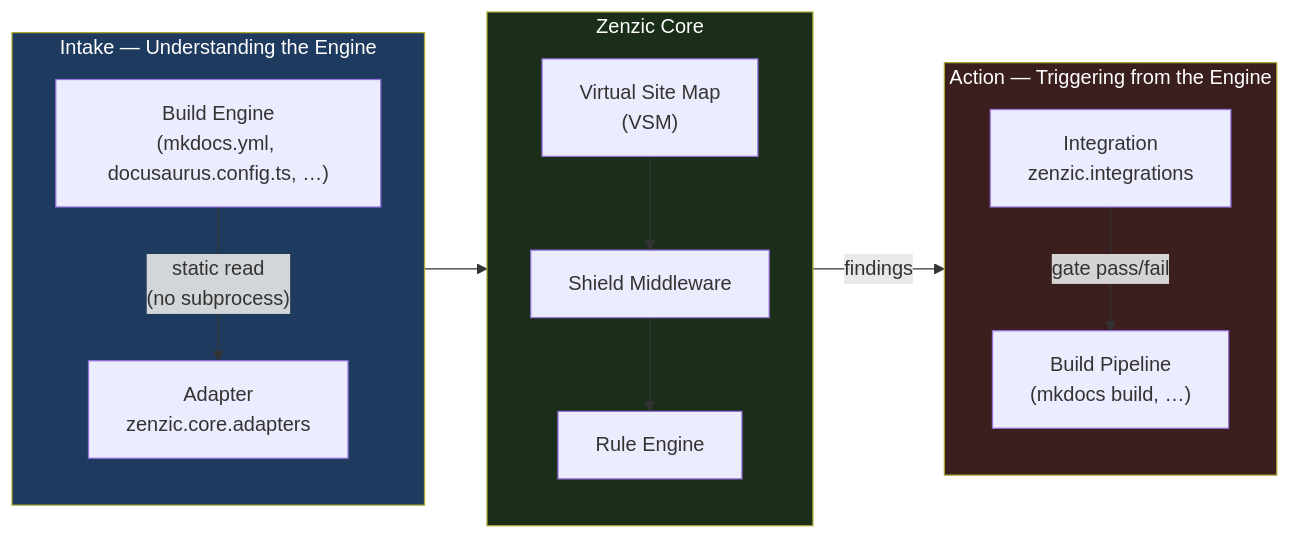
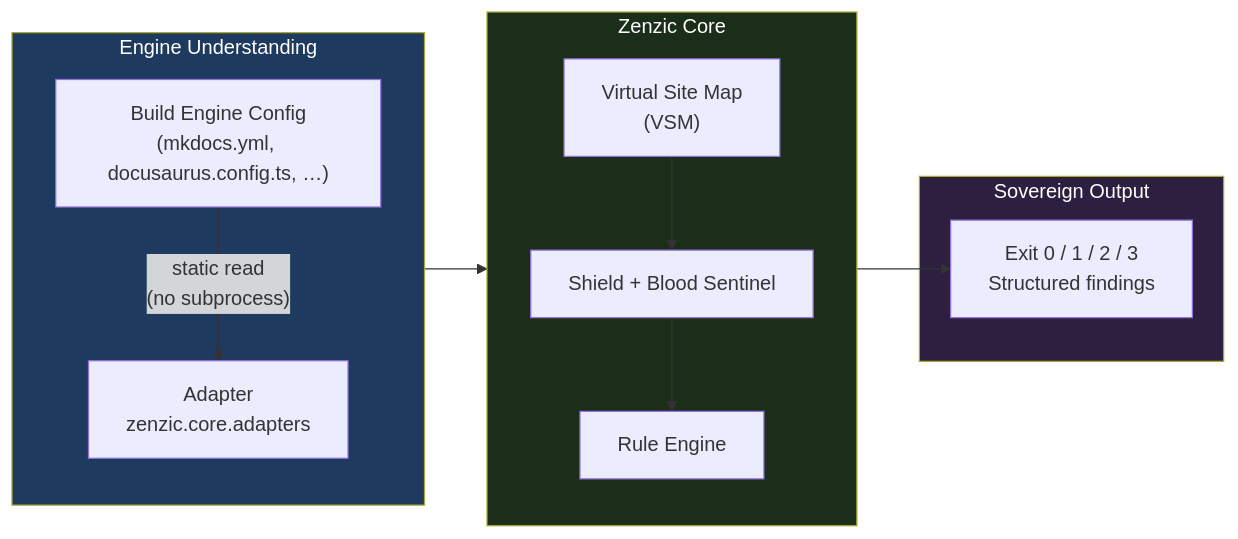
One commit to PythonWoods/zenzic-doc changed the diagram in docs/explanation/ecosystem.mdx. Above: the diagram before and after it, drawn with Mermaid. The commit also changed other lines of this file and 291 other files, not shown here.

````diff
--- a/docs/explanation/ecosystem.mdx
+++ b/docs/explanation/ecosystem.mdx
@@ -24,31 +25,28 @@
 ```mermaid
 flowchart LR
-    subgraph INTAKE ["Intake — Understanding the Engine"]
+    subgraph INTAKE ["Engine Understanding"]
         direction TB
-        ENG["Build Engine\n(mkdocs.yml, docusaurus.config.ts, …)"]
+        ENG["Build Engine Config\n(mkdocs.yml, docusaurus.config.ts, …)"]
         ADP["Adapter\nzenzic.core.adapters"]
         ENG -->|"static read\n(no subprocess)"| ADP
     end
 
     subgraph CORE ["Zenzic Core"]
         direction TB
         VSM["Virtual Site Map\n(VSM)"]
-        SHIELD["Shield Middleware"]
+        SHIELD["Shield + Blood Sentinel"]
         RULES["Rule Engine"]
         ADP --> VSM
         VSM --> SHIELD
         SHIELD --> RULES
     end
 
-    subgraph ACTION ["Action — Triggering from the Engine"]
-        direction TB
-        INTG["Integration\nzenzic.integrations"]
-        BUILD["Build Pipeline\n(mkdocs build, …)"]
-        RULES -->|findings| INTG
-        INTG -->|gate pass/fail| BUILD
+    subgraph OUT ["Sovereign Output"]
+        EXIT["Exit 0 / 1 / 2 / 3\nStructured findings"]
+        RULES --> EXIT
     end
 
     style INTAKE fill:#1e3a5f,color:#fff
     style CORE fill:#1a2e1a,color:#fff
-    style ACTION fill:#3b1f1f,color:#fff
+    style OUT fill:#2d1f3f,color:#fff
 ```
````
